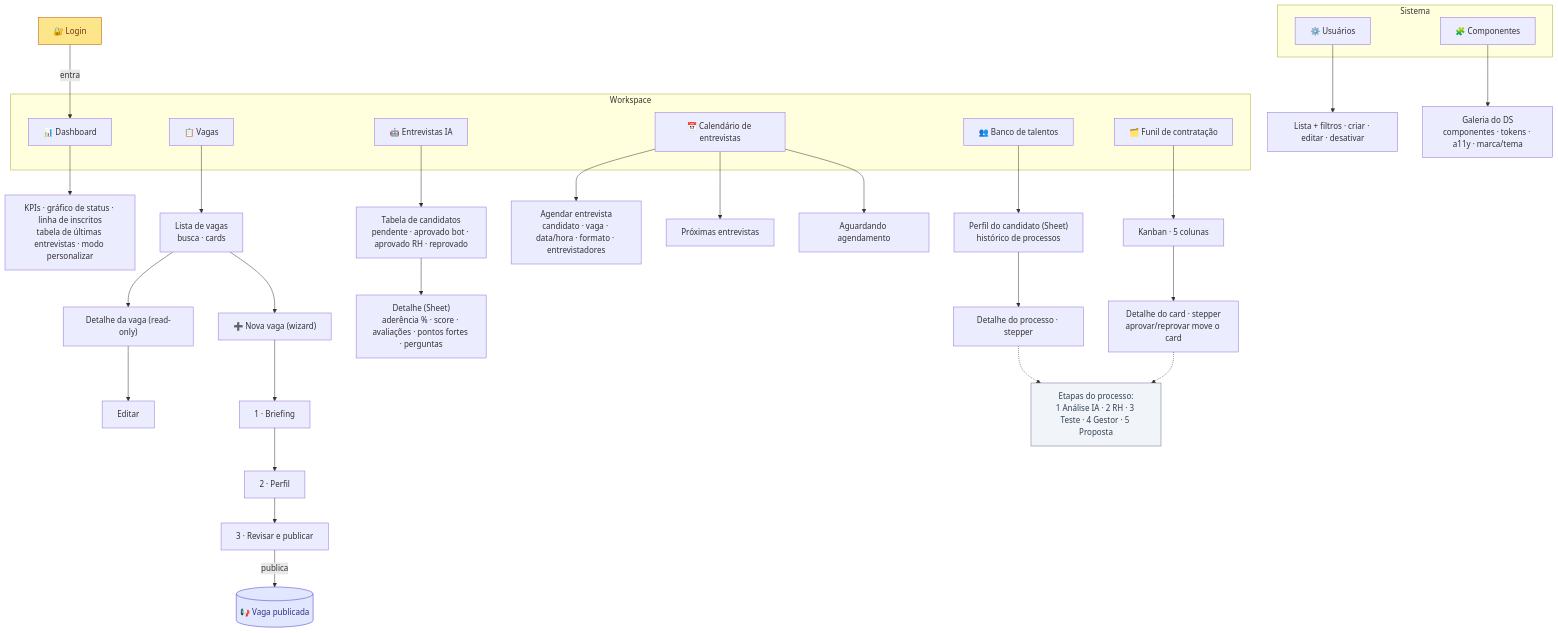
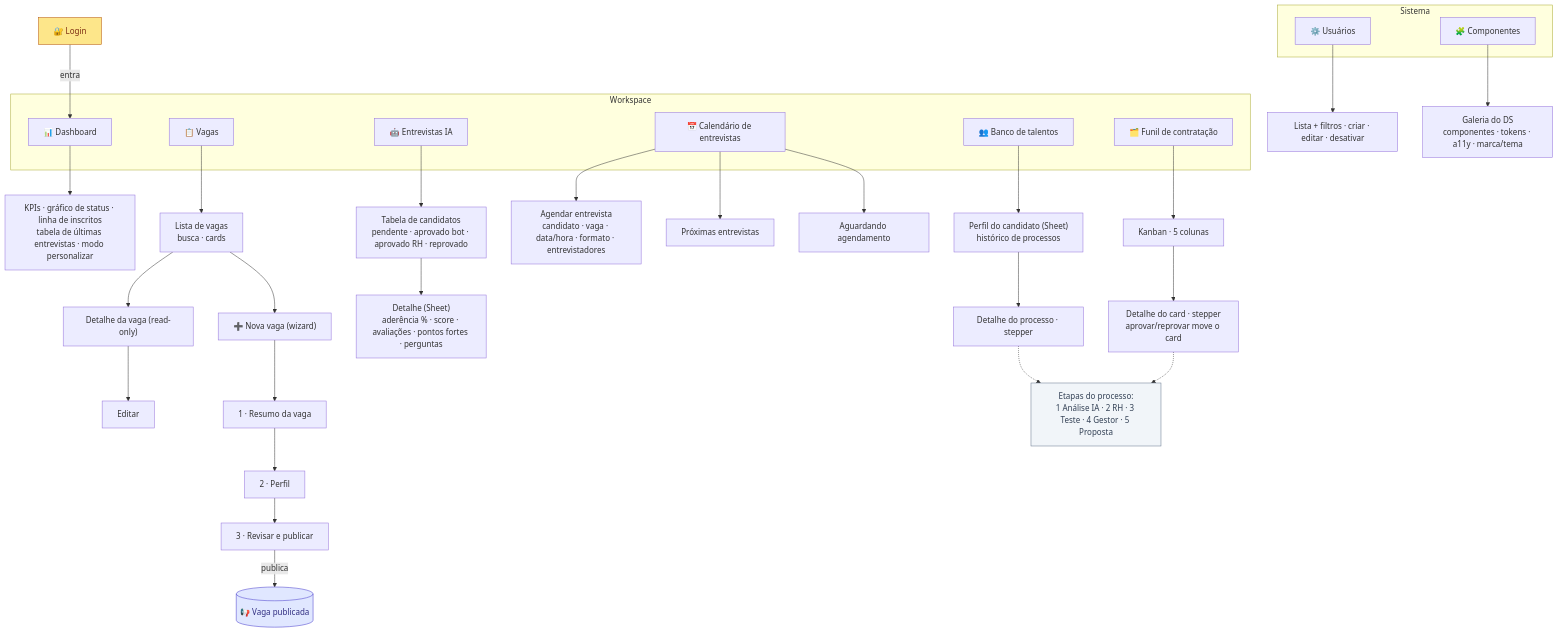
One commit to luuuster/crp-tis changed the second of 4 diagrams in docs/ARQUITETURA-INFORMACAO.md. Above: the diagram before and after it, drawn with Mermaid. The commit also changed 60 other files, not shown here.

````diff
--- a/docs/ARQUITETURA-INFORMACAO.md
+++ b/docs/ARQUITETURA-INFORMACAO.md
@@ -49,66 +49,66 @@
 ```mermaid
 graph TB
     Login["🔐 Login"]
 
     subgraph WS["Workspace"]
         DASH["📊 Dashboard"]
         VAGAS["📋 Vagas"]
         EIA["🤖 Entrevistas IA"]
         CAL["📅 Calendário de entrevistas"]
         BANCO["👥 Banco de talentos"]
         FUNIL["🗂️ Funil de contratação"]
     end
 
     subgraph SIS["Sistema"]
         USERS["⚙️ Usuários"]
         COMP["🧩 Componentes"]
     end
 
     Login -->|entra| DASH
 
     %% Dashboard
     DASH --> DBlocos["KPIs · gráfico de status · linha de inscritos<br/>tabela de últimas entrevistas · modo personalizar"]
 
     %% Vagas (JobGenerator)
     VAGAS --> VLista["Lista de vagas<br/>busca · cards"]
     VLista --> VDet["Detalhe da vaga (read-only)"]
     VDet --> VEdit["Editar"]
     VLista --> VNova["➕ Nova vaga (wizard)"]
-    VNova --> W1["1 · Briefing"] --> W2["2 · Perfil"] --> W3["3 · Revisar e publicar"]
+    VNova --> W1["1 · Resumo da vaga"] --> W2["2 · Perfil"] --> W3["3 · Revisar e publicar"]
     W3 -->|publica| VPub[("📢 Vaga publicada")]
 
     %% Entrevistas IA (triagem)
     EIA --> EIATab["Tabela de candidatos<br/>pendente · aprovado bot · aprovado RH · reprovado"]
     EIATab --> EIADet["Detalhe (Sheet)<br/>aderência % · score · avaliações · pontos fortes · perguntas"]
 
     %% Calendário
     CAL --> CalAg["Agendar entrevista<br/>candidato · vaga · data/hora · formato · entrevistadores"]
     CAL --> CalProx["Próximas entrevistas"]
     CAL --> CalFila["Aguardando agendamento"]
 
     %% Banco de talentos
     BANCO --> BPerfil["Perfil do candidato (Sheet)<br/>histórico de processos"]
     BPerfil --> BProc["Detalhe do processo · stepper"]
 
     %% Funil
     FUNIL --> FKanban["Kanban · 5 colunas"]
     FKanban --> FCard["Detalhe do card · stepper<br/>aprovar/reprovar move o card"]
 
     %% Etapas do funil (compartilhadas entre Funil e Banco de talentos)
     FASES["Etapas do processo:<br/>1 Análise IA · 2 RH · 3 Teste · 4 Gestor · 5 Proposta"]
     BProc -.-> FASES
     FCard -.-> FASES
 
     %% Usuários
     USERS --> UCrud["Lista + filtros · criar · editar · desativar"]
 
     %% Componentes
     COMP --> CGal["Galeria do DS<br/>componentes · tokens · a11y · marca/tema"]
 
     classDef gate fill:#fde68a,stroke:#b45309,color:#7c2d12;
     classDef store fill:#e0e7ff,stroke:#4338ca,color:#312e81;
     classDef note fill:#f1f5f9,stroke:#64748b,color:#334155;
     class Login gate;
     class VPub store;
     class FASES note;
 ```
````
